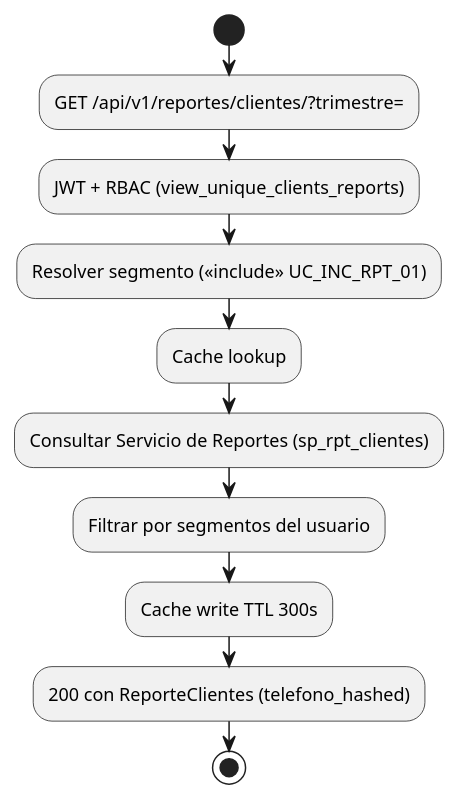
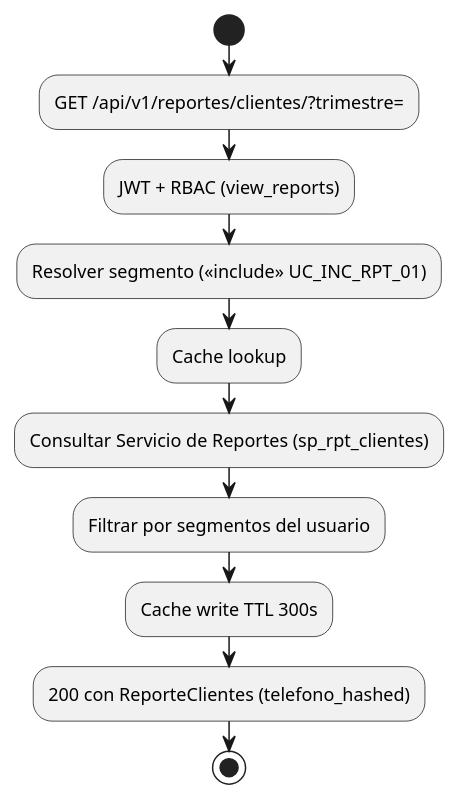
One commit to jcg-admin/IACT-docs changed the second of 4 diagrams in source/requisitos/casos-uso/reports/uc-rpt-17/diagramas-uml.rst. Above: the diagram before and after it, drawn with PlantUML. The commit also changed 108 other files, not shown here.

First line of the commit message:
Apply catalog function names to non-diagram RST files

```diff
--- a/source/requisitos/casos-uso/reports/uc-rpt-17/diagramas-uml.rst
+++ b/source/requisitos/casos-uso/reports/uc-rpt-17/diagramas-uml.rst
@@ -26,14 +26,14 @@
 .. uml::
 
  @startuml
  start
  :GET /api/v1/reportes/clientes/?trimestre=;
- :JWT + RBAC (view_unique_clients_reports);
+ :JWT + RBAC (view_reports);
  :Resolver segmento (<<include>> UC_INC_RPT_01);
  :Cache lookup;
  :Consultar Servicio de Reportes (sp_rpt_clientes);
  :Filtrar por segmentos del usuario;
  :Cache write TTL 300s;
  :200 con ReporteClientes (telefono_hashed);
  stop
  @enduml
```
